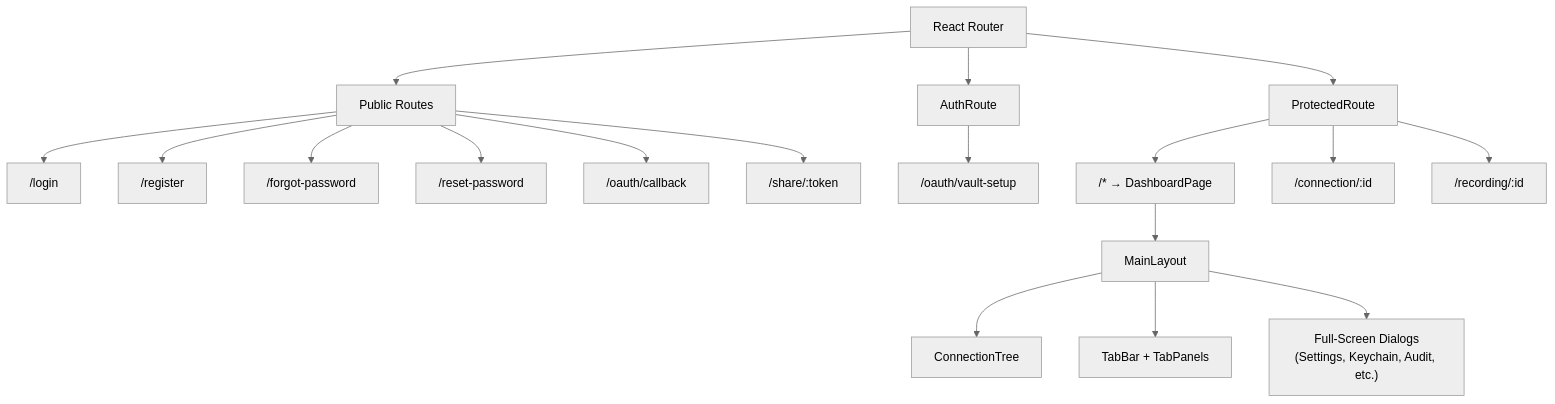
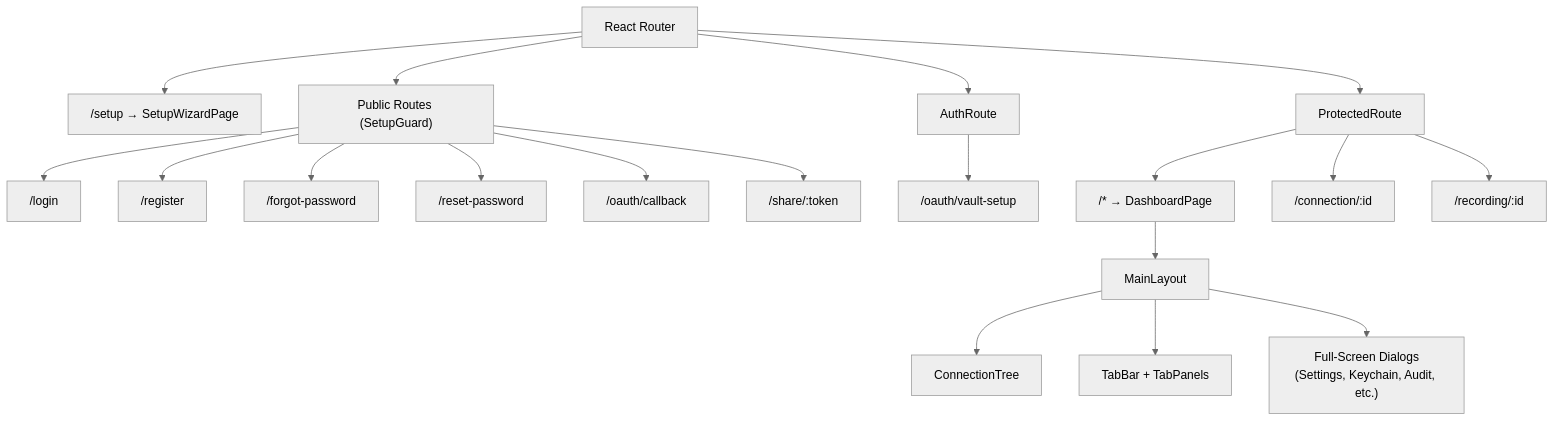
The fourth of 12 diagrams in docs/architecture.md (dnviti/remote-desktop-manager), drawn with Mermaid (neutral theme) before and after one commit. The commit also changed other lines of this file and 228 other files, not shown here.

````diff
--- a/docs/architecture.md
+++ b/docs/architecture.md
@@ -286,25 +327,26 @@
 ```mermaid
 flowchart TD
     Router["React Router"]
-    Router --> Public["Public Routes"]
+    Router --> Setup["/setup → SetupWizardPage"]
+    Router --> Public["Public Routes (SetupGuard)"]
     Router --> Auth["AuthRoute"]
     Router --> Protected["ProtectedRoute"]
 
     Public --> Login["/login"]
     Public --> Register["/register"]
     Public --> Forgot["/forgot-password"]
     Public --> Reset["/reset-password"]
     Public --> OAuthCB["/oauth/callback"]
     Public --> Share["/share/:token"]
 
     Auth --> VaultSetup["/oauth/vault-setup"]
 
     Protected --> Dashboard["/* → DashboardPage"]
     Protected --> Viewer["/connection/:id"]
     Protected --> Recording["/recording/:id"]
 
     Dashboard --> MainLayout["MainLayout"]
     MainLayout --> Sidebar["ConnectionTree"]
     MainLayout --> TabBar["TabBar + TabPanels"]
     MainLayout --> Dialogs["Full-Screen Dialogs<br/>(Settings, Keychain, Audit, etc.)"]
 ```
````
